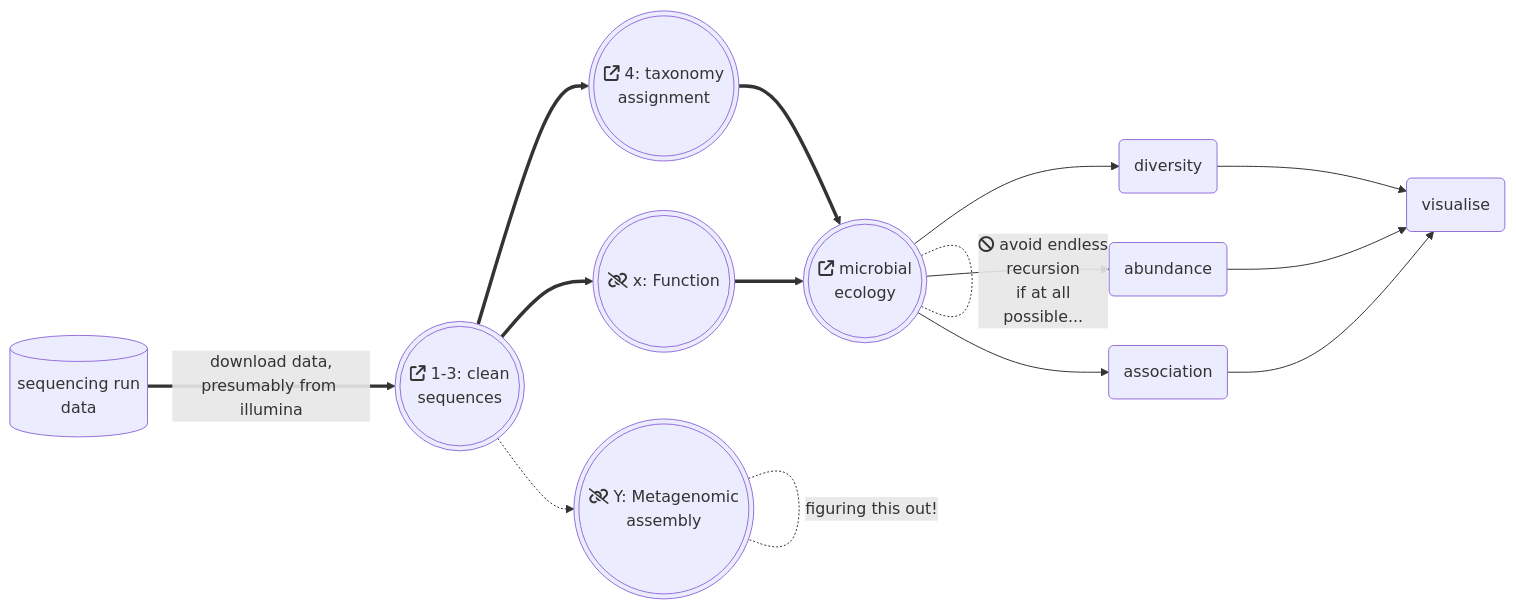
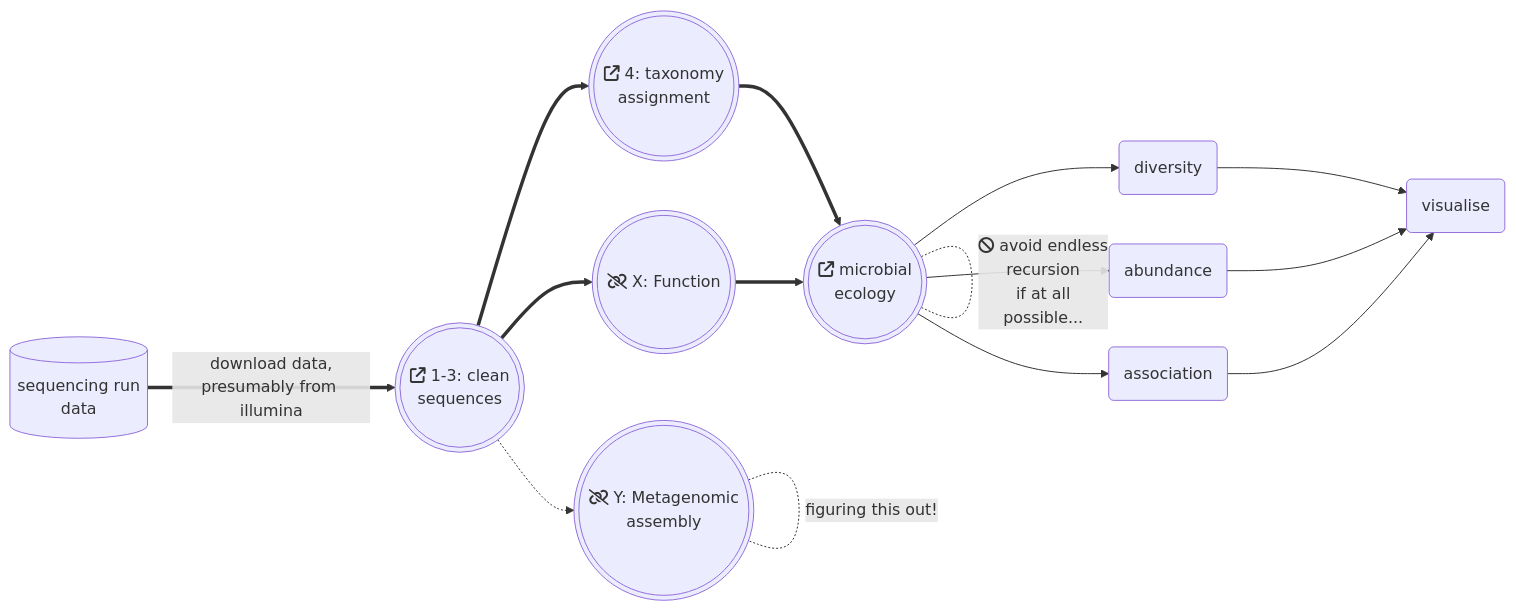
One commit to handibles/climber changed the diagram in README.md. Above: the diagram before and after it, drawn with Mermaid. The commit also changed other lines of this file, not shown here.

Commit message:
lazy asp push 2023-04-14 13:40:20

````diff
--- a/README.md
+++ b/README.md
@@ -7,24 +5,25 @@
 ```mermaid
+
 flowchart LR
     fastq1[(sequencing run\ndata)] ==> |download data,\npresumably from illumina| qc1(((fa:fa-arrow-up-right-from-square 1-3: clean\nsequences)));
     qc1 ==> tax1(((fa:fa-arrow-up-right-from-square 4: taxonomy\nassignment)));
-    qc1 ==> func1(((fa:fa-link-slash x: Function)));
+    qc1 ==> func1(((fa:fa-link-slash X: Function)));
     qc1 -.-> mag1(((fa:fa-link-slash Y: Metagenomic\nassembly)));
     mag1 -.- |figuring this out!| mag1;
-    tax1 ==> comm1 ;
-    func1 ==> comm1 ;
+    tax1 ==> comm1;
+    func1 ==> comm1;
     comm1 -.- |fa:fa-ban avoid endless\nrecursion\nif at all\npossible...| comm1;
     comm1(((fa:fa-arrow-up-right-from-square microbial\necology)));
     comm1 --> R2(diversity);
     comm1 --> R3(abundance);
     comm1 --> R4(association);
     R2 --> R5(visualise);
     R3 --> R5;
     R4 --> R5;
-
     click qc1 "https://handibles.github.io/climber/documents/shotgun_assembly.html#2_-_quality_control_(_check)";
     click tax1 "https://handibles.github.io/climber/documents/shotgun_assembly.html#4_-_Microbiome_Community_Profiling";
     click comm1 "https://handibles.github.io/climber/documents/data_to_R.html";
     click func1 "https://teagasc.ie/unknowable_truths";
     click mag1 "https://teagasc.ie/unknowable_truths";
+
 ```
````
